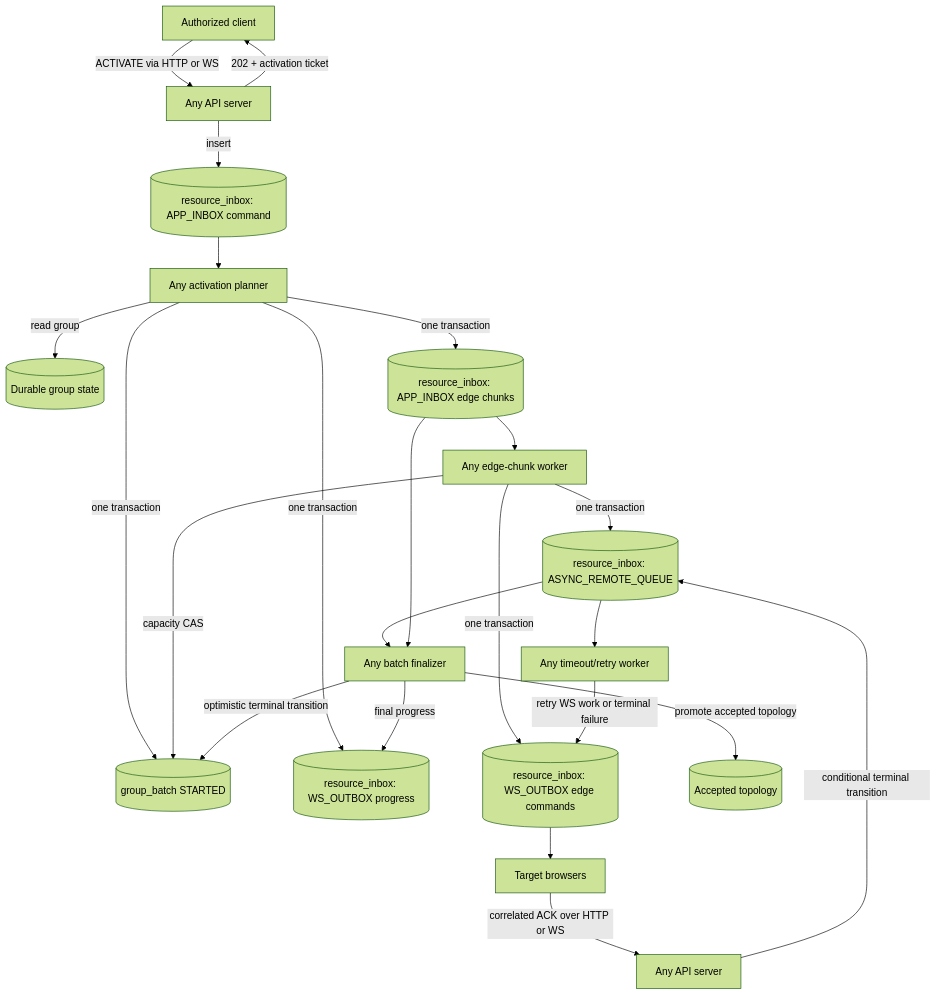
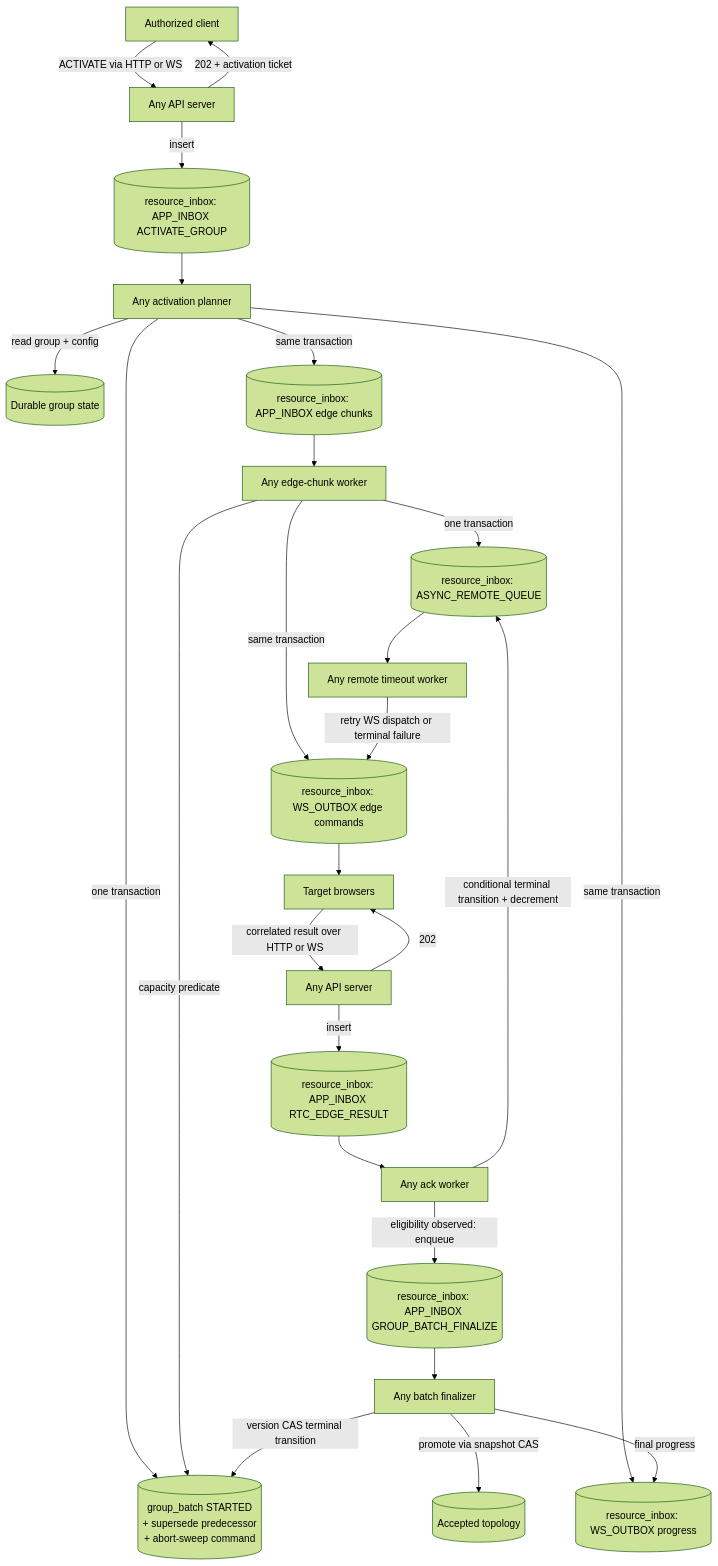
Before and after one commit to intact-software-systems/ar-eye-hunter: the diagram in plans/rallar-distributed-group-rtc-activation-design.md, drawn with Mermaid (forest theme). The commit also changed other lines of this file, not shown here.

First line of the commit message:
docs: revise distributed group RTC activation design after review

````diff
--- a/plans/rallar-distributed-group-rtc-activation-design.md
+++ b/plans/rallar-distributed-group-rtc-activation-design.md
@@ -153,29 +314,34 @@
 ```mermaid
 flowchart TD
     C[Authorized client] -->|ACTIVATE via HTTP or WS| S[Any API server]
-    S -->|insert| AI[(resource_inbox: APP_INBOX command)]
+    S -->|insert| AI[(resource_inbox: APP_INBOX ACTIVATE_GROUP)]
     S -->|202 + activation ticket| C
 
     AI --> P[Any activation planner]
-    P -->|read group| G[(Durable group state)]
-    P -->|one transaction| B[(group_batch STARTED)]
-    P -->|one transaction| EC[(resource_inbox: APP_INBOX edge chunks)]
-    P -->|one transaction| WP[(resource_inbox: WS_OUTBOX progress)]
+    P -->|read group + config| G[(Durable group state)]
+    P -->|one transaction| B[(group_batch STARTED
+      + supersede predecessor
+      + abort-sweep command)]
+    P -->|same transaction| EC[(resource_inbox: APP_INBOX edge chunks)]
+    P -->|same transaction| WP[(resource_inbox: WS_OUTBOX progress)]
 
     EC --> E[Any edge-chunk worker]
-    E -->|capacity CAS| B
+    E -->|capacity predicate| B
     E -->|one transaction| RW[(resource_inbox: ASYNC_REMOTE_QUEUE)]
-    E -->|one transaction| WO[(resource_inbox: WS_OUTBOX edge commands)]
+    E -->|same transaction| WO[(resource_inbox: WS_OUTBOX edge commands)]
     WO --> BR[Target browsers]
 
-    BR -->|correlated ACK over HTTP or WS| A[Any API server]
-    A -->|conditional terminal transition| RW
-    RW --> T[Any timeout/retry worker]
-    T -->|retry WS work or terminal failure| WO
+    BR -->|correlated result over HTTP or WS| A[Any API server]
+    A -->|202| BR
+    A -->|insert| AK[(resource_inbox: APP_INBOX RTC_EDGE_RESULT)]
+    AK --> W[Any ack worker]
+    W -->|conditional terminal transition + decrement| RW
+    RW --> T[Any remote timeout worker]
+    T -->|retry WS dispatch or terminal failure| WO
 
-    RW --> F[Any batch finalizer]
-    EC --> F
-    F -->|optimistic terminal transition| B
-    F -->|promote accepted topology| AT[(Accepted topology)]
+    W -->|eligibility observed: enqueue| FZ[(resource_inbox: APP_INBOX GROUP_BATCH_FINALIZE)]
+    FZ --> F[Any batch finalizer]
+    F -->|version CAS terminal transition| B
+    F -->|promote via snapshot CAS| AT[(Accepted topology)]
     F -->|final progress| WP
 ```
````
